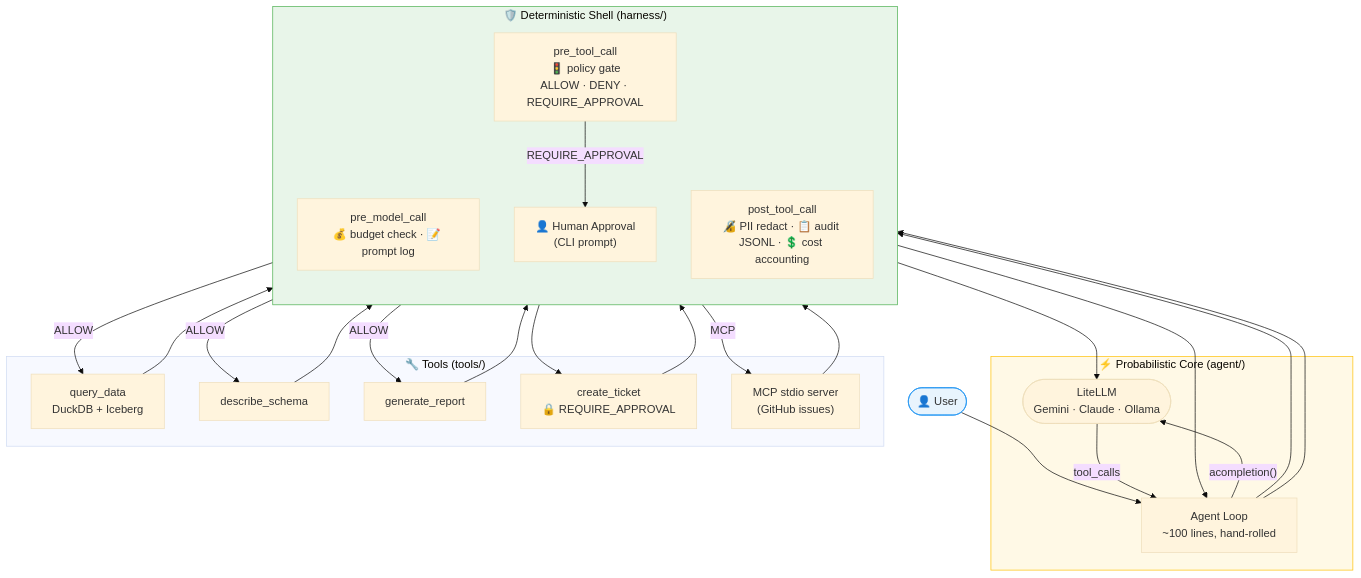
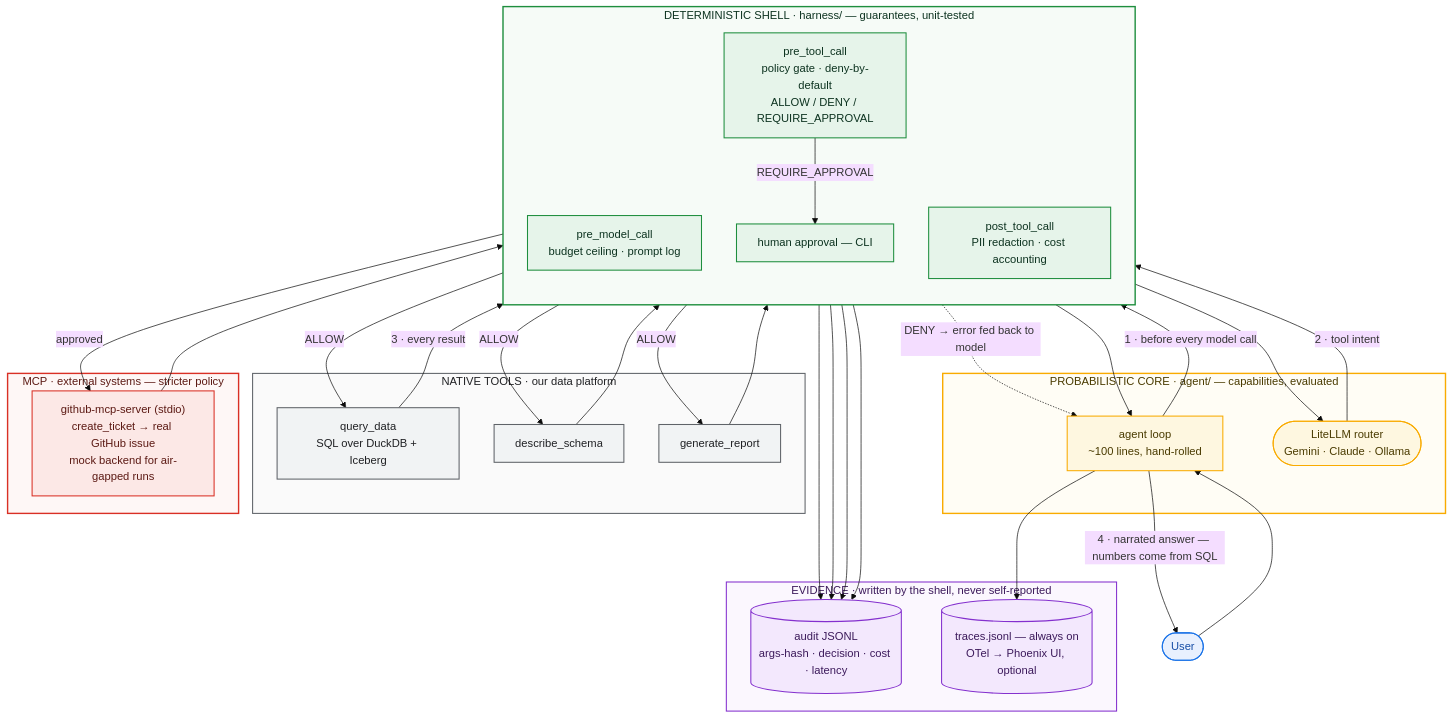
One commit to joelpoc/agent-harness changed the first of 3 diagrams in README.md. Above: the diagram before and after it, drawn with Mermaid (base theme). The commit also changed other lines of this file, not shown here.

Commit message:
docs: redesign README with badges, architecture narrative, design principles

````diff
--- a/README.md
+++ b/README.md
@@ -20,41 +43,86 @@
 ```mermaid
 flowchart TD
-    U(["👤 User"]):::user --> L
+    U(["User"])
 
-    subgraph CORE ["⚡ Probabilistic Core  (agent/)"]
-        L["Agent Loop\n~100 lines, hand-rolled"]
-        M(["LiteLLM\nGemini · Claude · Ollama"])
-        L -- "acompletion()" --> M
-        M -- "tool_calls" --> L
+    subgraph SHELL ["DETERMINISTIC SHELL · harness/ — guarantees, unit-tested"]
+        direction TB
+        H1["pre_model_call
+budget ceiling · prompt log"]
+        H2["pre_tool_call
+policy gate · deny-by-default
+ALLOW / DENY / REQUIRE_APPROVAL"]
+        AP["human approval — CLI"]
+        H3["post_tool_call
+PII redaction · cost accounting"]
     end
 
-    subgraph SHELL ["🛡️ Deterministic Shell  (harness/)"]
-        direction TB
-        H1["pre_model_call\n💰 budget check · 📝 prompt log"]
-        H2["pre_tool_call\n🚦 policy gate\nALLOW · DENY · REQUIRE_APPROVAL"]
-        H3["post_tool_call\n🔏 PII redact · 📋 audit JSONL · 💲 cost accounting"]
-        AP["👤 Human Approval\n(CLI prompt)"]
+    subgraph CORE ["PROBABILISTIC CORE · agent/ — capabilities, evaluated"]
+        L["agent loop
+~100 lines, hand-rolled"]
+        M(["LiteLLM router
+Gemini · Claude · Ollama"])
     end
 
-    subgraph TOOLS ["🔧 Tools  (tools/)"]
-        T1["query_data\nDuckDB + Iceberg"]
+    subgraph NATIVE ["NATIVE TOOLS · our data platform"]
+        T1["query_data
+SQL over DuckDB + Iceberg"]
         T2["describe_schema"]
         T3["generate_report"]
-        T4["create_ticket\n🔒 REQUIRE_APPROVAL"]
-        MCP["MCP stdio server\n(GitHub issues)"]
     end
 
-    L --> H1 --> M
-    L --> H2
-    H2 -->|ALLOW| T1 & T2 & T3
-    H2 -->|REQUIRE_APPROVAL| AP --> T4
-    H2 -->|MCP| MCP
-    T1 & T2 & T3 & T4 & MCP --> H3 --> L
+    subgraph EXTERNAL ["MCP · external systems — stricter policy"]
+        MCP["github-mcp-server (stdio)
+create_ticket → real GitHub issue
+mock backend for air-gapped runs"]
+    end
 
-    classDef user fill:#e8f4fd,stroke:#2196F3
-    classDef core fill:#fff9e6,stroke:#FFC107
-    classDef shell fill:#e8f5e9,stroke:#4CAF50
-    class CORE core
-    class SHELL shell
-    class U user
+    subgraph EVIDENCE ["EVIDENCE · written by the shell, never self-reported"]
+        A[("audit JSONL
+args-hash · decision · cost · latency")]
+        TR[("traces.jsonl — always on
+OTel → Phoenix UI, optional")]
+    end
+
+    U --> L
+    L -- "1 · before every model call" --> H1
+    H1 --> M
+    M -- "2 · tool intent" --> H2
+    H2 -- "ALLOW" --> T1
+    H2 -- "ALLOW" --> T2
+    H2 -- "ALLOW" --> T3
+    H2 -- "REQUIRE_APPROVAL" --> AP
+    AP -- "approved" --> MCP
+    H2 -. "DENY → error fed back to model" .-> L
+    T1 -- "3 · every result" --> H3
+    T2 --> H3
+    T3 --> H3
+    MCP --> H3
+    H3 --> L
+    L -- "4 · narrated answer — numbers come from SQL" --> U
+
+    H1 --> A
+    H2 --> A
+    H3 --> A
+    AP --> A
+    L --> TR
+
+    classDef shellNode fill:#E6F4EA,stroke:#1E8E3E,stroke-width:1.5px,color:#0D3320
+    classDef coreNode fill:#FEF7E0,stroke:#F9AB00,stroke-width:1.5px,color:#4A3B00
+    classDef nativeNode fill:#F1F3F4,stroke:#5F6368,stroke-width:1.5px,color:#202124
+    classDef extNode fill:#FCE8E6,stroke:#D93025,stroke-width:1.5px,color:#5C1A14
+    classDef evNode fill:#F3E8FD,stroke:#8430CE,stroke-width:1.5px,color:#3C1A5B
+    classDef userNode fill:#E8F0FE,stroke:#1A73E8,stroke-width:1.5px,color:#174EA6
+
+    class H1,H2,H3,AP shellNode
+    class L,M coreNode
+    class T1,T2,T3 nativeNode
+    class MCP extNode
+    class A,TR evNode
+    class U userNode
+
+    style SHELL fill:#F6FBF7,stroke:#1E8E3E,stroke-width:2px,color:#0D3320
+    style CORE fill:#FFFDF5,stroke:#F9AB00,stroke-width:2px,color:#4A3B00
+    style NATIVE fill:#FAFAFA,stroke:#5F6368,stroke-width:1.5px,color:#202124
+    style EXTERNAL fill:#FEF7F6,stroke:#D93025,stroke-width:2px,color:#5C1A14
+    style EVIDENCE fill:#FBF7FE,stroke:#8430CE,stroke-width:1.5px,color:#3C1A5B
 ```
````
